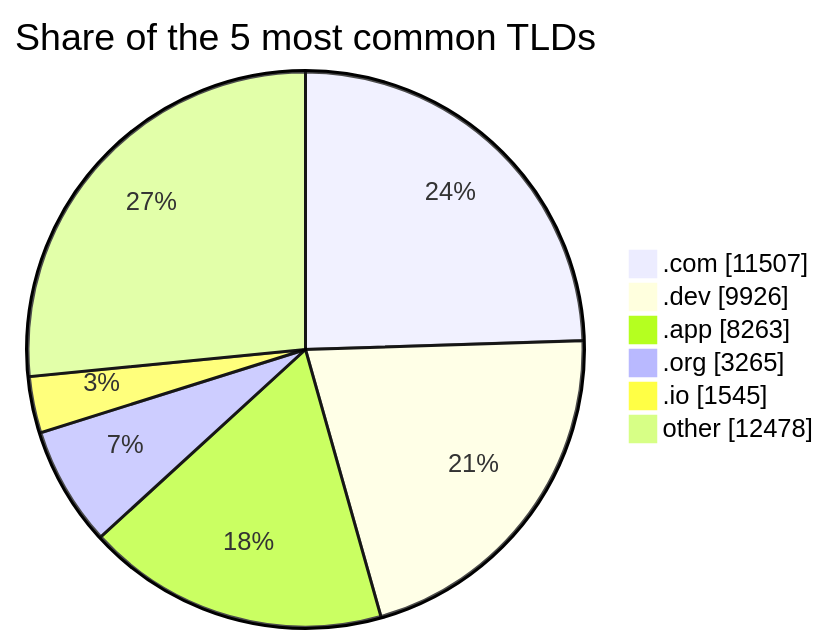
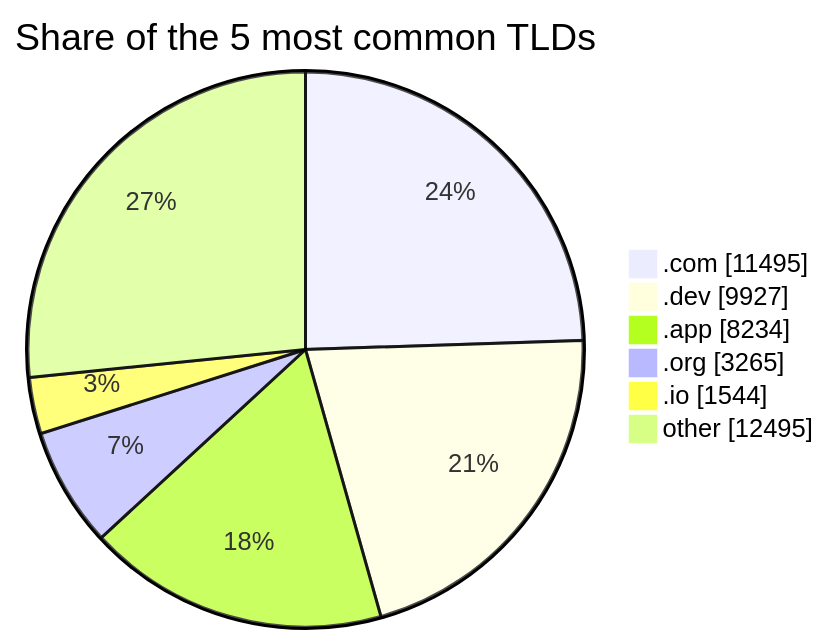
Before and after one commit to DNSBunker/CTI: the third of 3 diagrams in README.md, drawn with Mermaid. The commit also changed other lines of this file and 3 other files, not shown here.

````diff
--- a/README.md
+++ b/README.md
@@ -81,9 +81,9 @@
 ```mermaid
 pie showData title Share of the 5 most common TLDs
-    ".com" : 11507
-    ".dev" : 9926
-    ".app" : 8263
+    ".com" : 11495
+    ".dev" : 9927
+    ".app" : 8234
     ".org" : 3265
-    ".io" : 1545
-    "other" : 12478
+    ".io" : 1544
+    "other" : 12495
 ```
````
